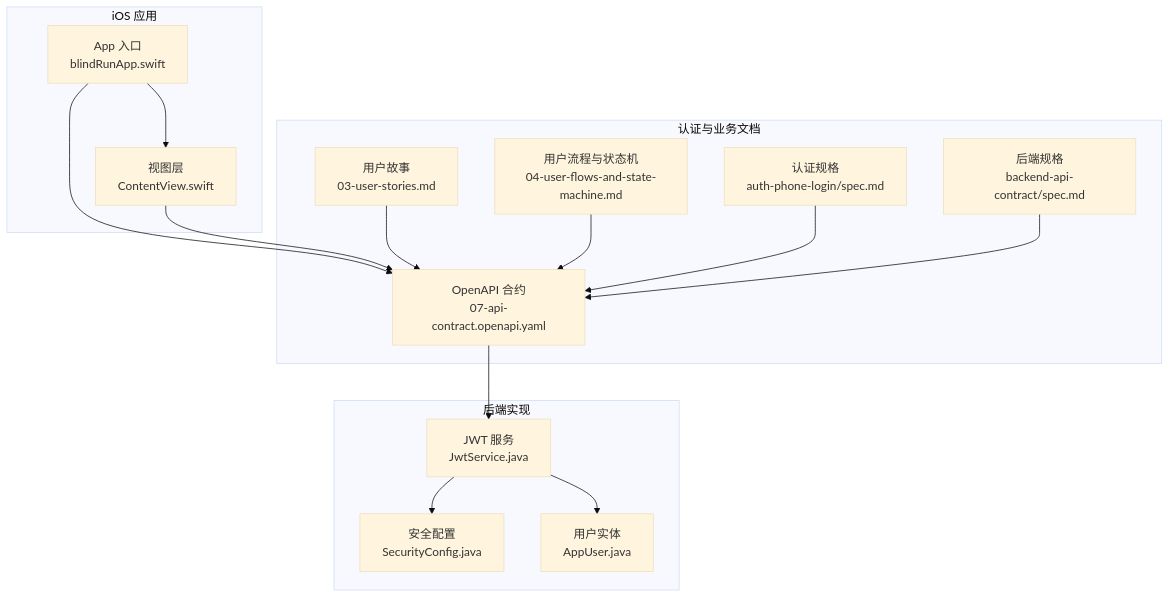
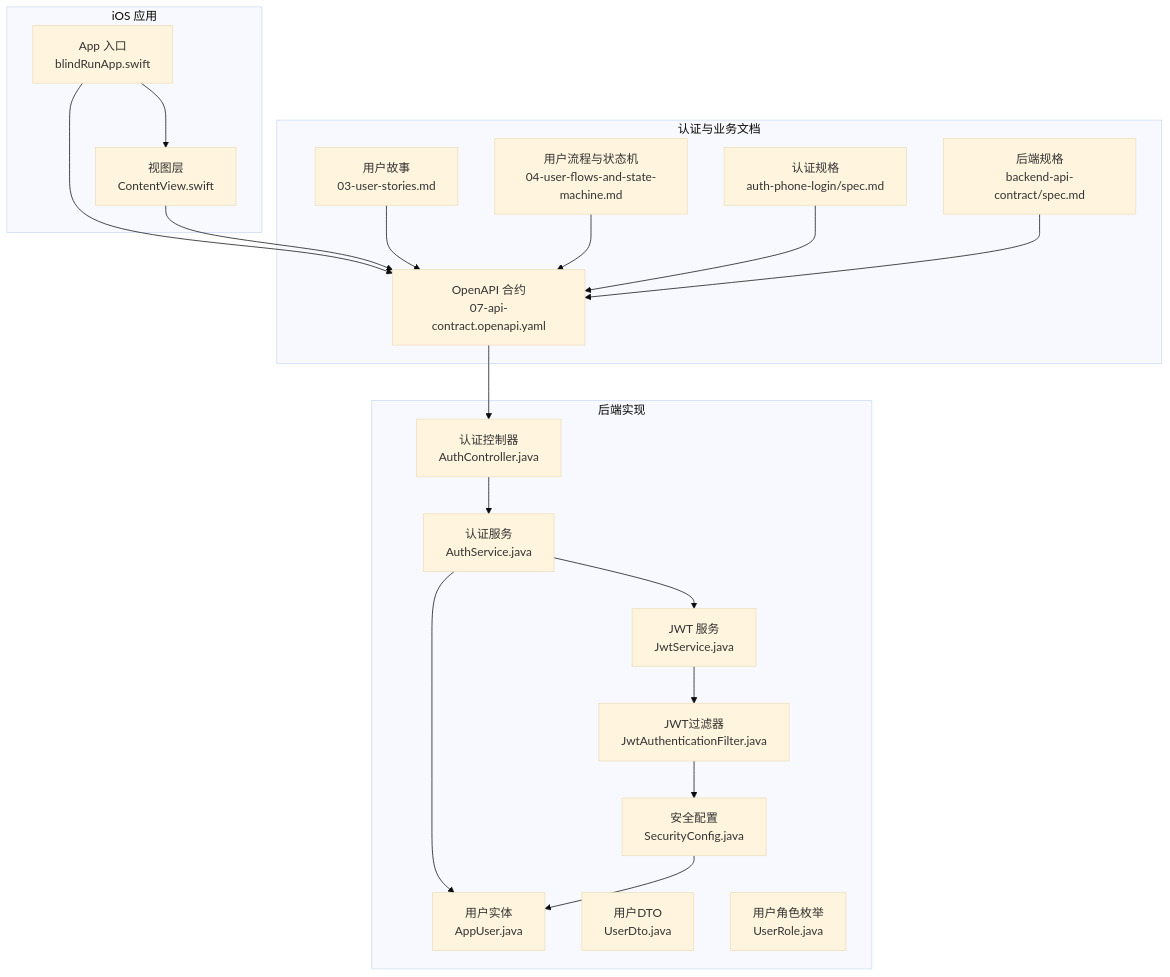
The first of 9 diagrams in .qoder/repowiki/zh/content/核心功能模块/认证系统.md (Jayden23018/blind-run-ios), drawn with Mermaid (base theme) before and after one commit. The commit also changed other lines of this file and 35 other files, not shown here.

Commit message:
Implement backend auth and role-switch flow

````diff
--- a/.qoder/repowiki/zh/content/核心功能模块/认证系统.md
+++ b/.qoder/repowiki/zh/content/核心功能模块/认证系统.md
@@ -44,29 +60,38 @@
 ```mermaid
 graph TB
 subgraph "iOS 应用"
 App["App 入口<br/>blindRunApp.swift"]
 View["视图层<br/>ContentView.swift"]
 end
 subgraph "认证与业务文档"
 Stories["用户故事<br/>03-user-stories.md"]
 Flow["用户流程与状态机<br/>04-user-flows-and-state-machine.md"]
 API["OpenAPI 合约<br/>07-api-contract.openapi.yaml"]
 SpecAuth["认证规格<br/>auth-phone-login/spec.md"]
 SpecBackend["后端规格<br/>backend-api-contract/spec.md"]
 end
 subgraph "后端实现"
+AuthController["认证控制器<br/>AuthController.java"]
+AuthService["认证服务<br/>AuthService.java"]
 JwtService["JWT 服务<br/>JwtService.java"]
+JwtFilter["JWT过滤器<br/>JwtAuthenticationFilter.java"]
 SecurityConfig["安全配置<br/>SecurityConfig.java"]
 AppUser["用户实体<br/>AppUser.java"]
+UserDto["用户DTO<br/>UserDto.java"]
+UserRole["用户角色枚举<br/>UserRole.java"]
 end
 App --> View
 App --> API
 View --> API
 Stories --> API
 Flow --> API
 SpecAuth --> API
 SpecBackend --> API
-API --> JwtService
-JwtService --> SecurityConfig
-JwtService --> AppUser
+API --> AuthController
+AuthController --> AuthService
+AuthService --> JwtService
+AuthService --> AppUser
+JwtService --> JwtFilter
+JwtFilter --> SecurityConfig
+SecurityConfig --> AppUser
 ```
````
